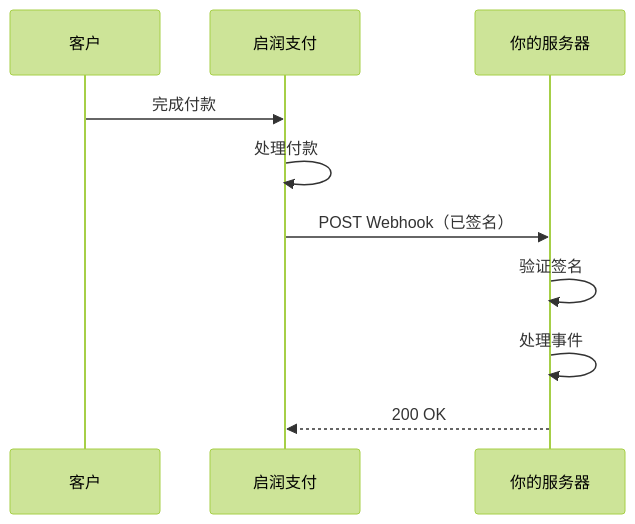
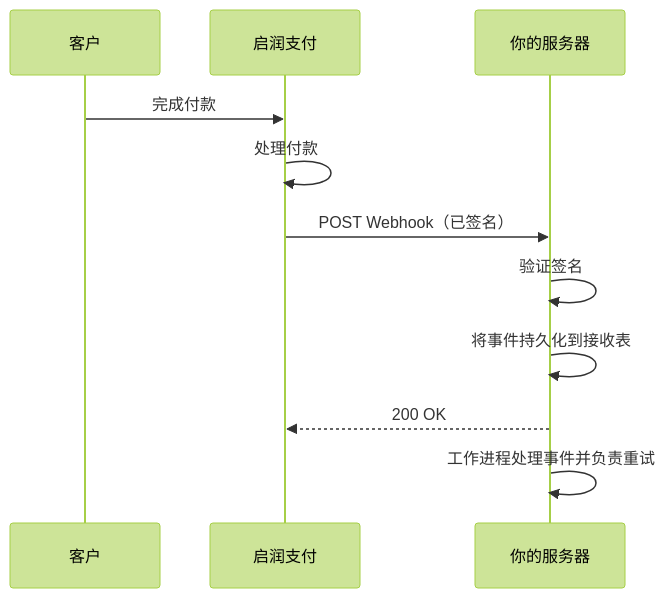
The diagram in zh/webhooks/overview.mdx (kyren-network/mintlify-docs), drawn with Mermaid (forest theme) before and after one commit. The commit also changed other lines of this file and 58 other files, not shown here.

````diff
--- a/zh/webhooks/overview.mdx
+++ b/zh/webhooks/overview.mdx
@@ -10,13 +10,14 @@
 ```mermaid
 sequenceDiagram
     participant Customer as 客户
     participant KyrenPay as 启润支付
     participant YourServer as 你的服务器
 
     Customer->>KyrenPay: 完成付款
     KyrenPay->>KyrenPay: 处理付款
     KyrenPay->>YourServer: POST Webhook（已签名）
     YourServer->>YourServer: 验证签名
-    YourServer->>YourServer: 处理事件
+    YourServer->>YourServer: 将事件持久化到接收表
     YourServer-->>KyrenPay: 200 OK
+    YourServer->>YourServer: 工作进程处理事件并负责重试
 ```
````
